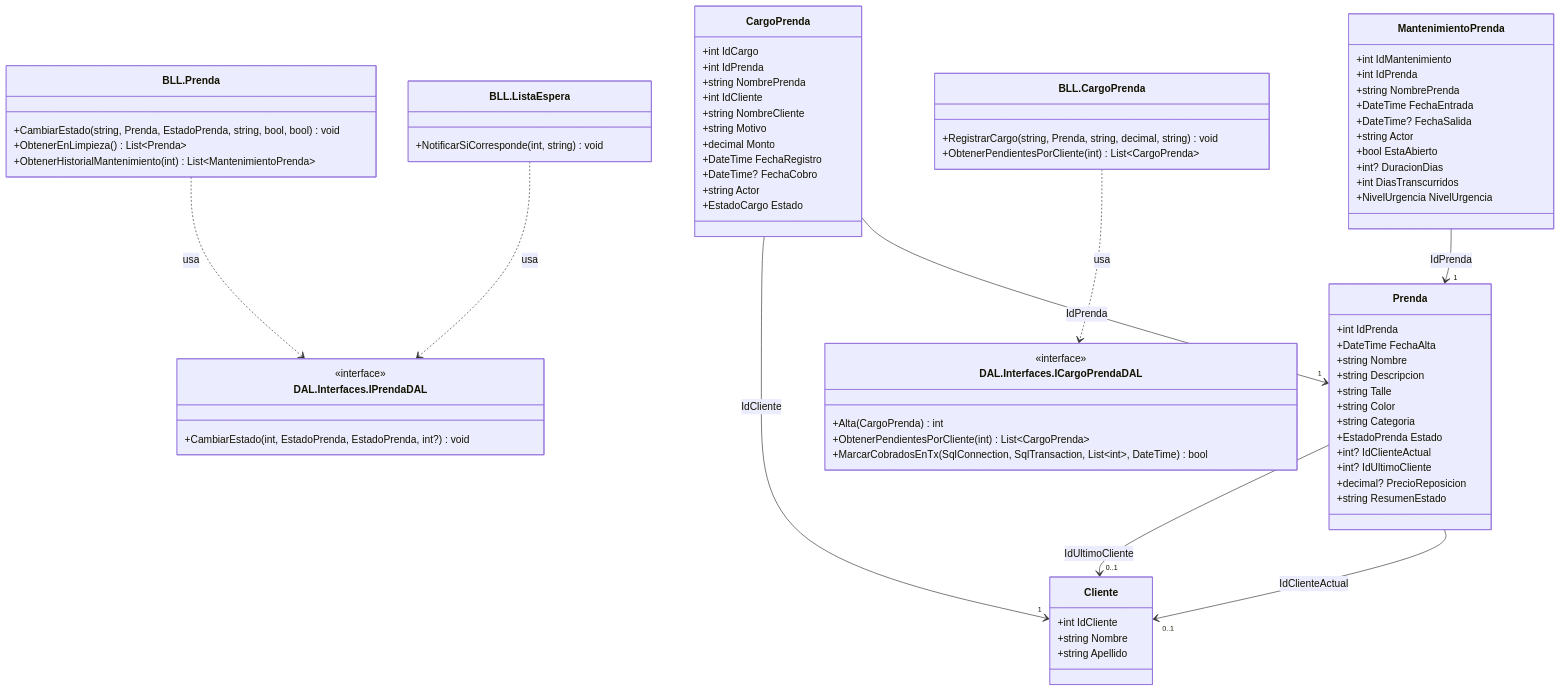
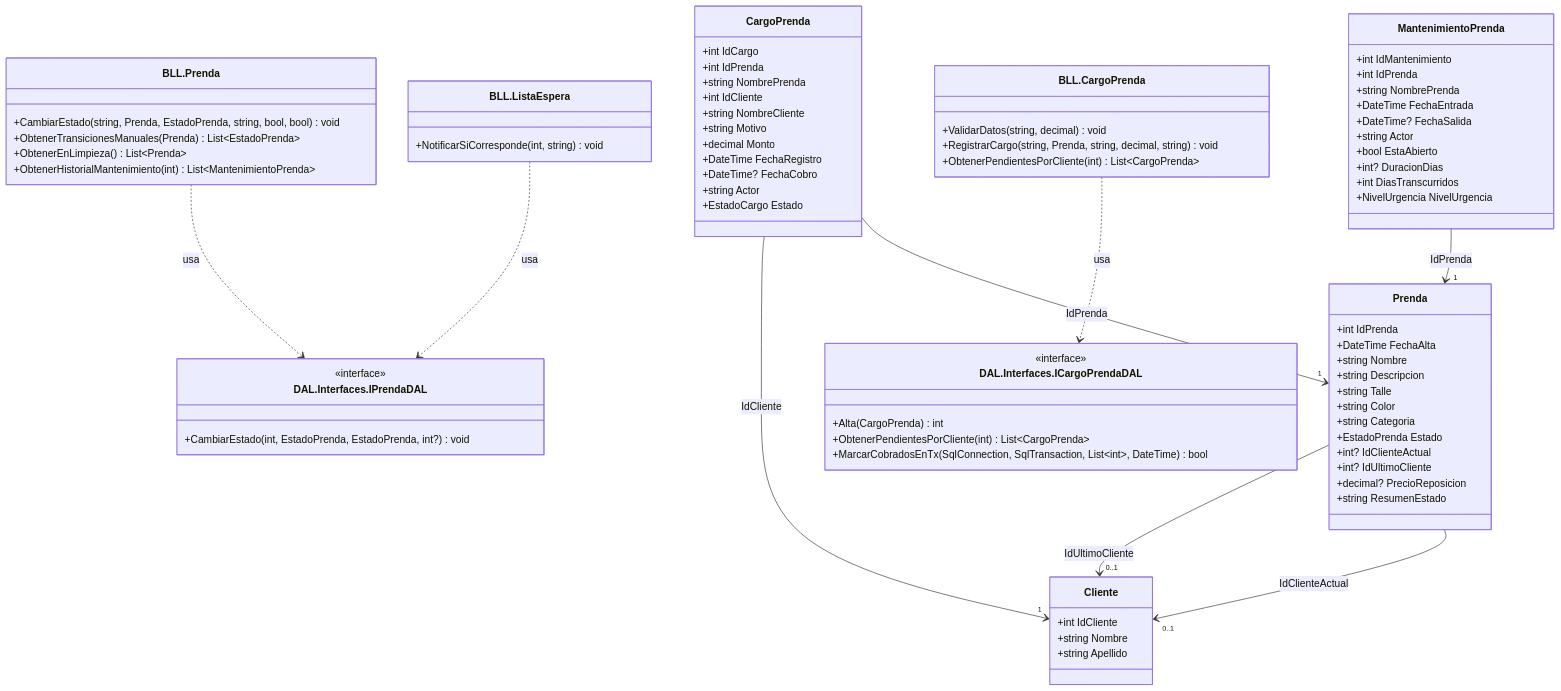
Before and after one commit to valentinamorana/Trabajo-de-Diploma: the diagram in docs/diagramas/mermaid/CLASES_pn04_devolucion.mmd, drawn with Mermaid. The commit also changed 56 other files, not shown here.

```diff
--- a/docs/diagramas/mermaid/CLASES_pn04_devolucion.mmd
+++ b/docs/diagramas/mermaid/CLASES_pn04_devolucion.mmd
@@ -1,76 +1,78 @@
 classDiagram
   direction TB
   class Prenda {
     +int IdPrenda
     +DateTime FechaAlta
     +string Nombre
     +string Descripcion
     +string Talle
     +string Color
     +string Categoria
     +EstadoPrenda Estado
     +int? IdClienteActual
     +int? IdUltimoCliente
     +decimal? PrecioReposicion
     +string ResumenEstado
   }
   class MantenimientoPrenda {
     +int IdMantenimiento
     +int IdPrenda
     +string NombrePrenda
     +DateTime FechaEntrada
     +DateTime? FechaSalida
     +string Actor
     +bool EstaAbierto
     +int? DuracionDias
     +int DiasTranscurridos
     +NivelUrgencia NivelUrgencia
   }
   class CargoPrenda {
     +int IdCargo
     +int IdPrenda
     +string NombrePrenda
     +int IdCliente
     +string NombreCliente
     +string Motivo
     +decimal Monto
     +DateTime FechaRegistro
     +DateTime? FechaCobro
     +string Actor
     +EstadoCargo Estado
   }
   class Cliente {
     +int IdCliente
     +string Nombre
     +string Apellido
   }
   class BLL_ListaEspera["BLL.ListaEspera"] {
     +NotificarSiCorresponde(int,  string) void
   }
   class BLL_Prenda["BLL.Prenda"] {
     +CambiarEstado(string,  Prenda,  EstadoPrenda,  string,  bool,  bool) void
+    +ObtenerTransicionesManuales(Prenda) List~EstadoPrenda~
     +ObtenerEnLimpieza() List~Prenda~
     +ObtenerHistorialMantenimiento(int) List~MantenimientoPrenda~
   }
   class BLL_CargoPrenda["BLL.CargoPrenda"] {
+    +ValidarDatos(string,  decimal) void
     +RegistrarCargo(string,  Prenda,  string,  decimal,  string) void
     +ObtenerPendientesPorCliente(int) List~CargoPrenda~
   }
   class DAL_Interfaces_IPrendaDAL["DAL.Interfaces.IPrendaDAL"] {
     <<interface>>
     +CambiarEstado(int,  EstadoPrenda,  EstadoPrenda,  int?) void
   }
   class DAL_Interfaces_ICargoPrendaDAL["DAL.Interfaces.ICargoPrendaDAL"] {
     <<interface>>
     +Alta(CargoPrenda) int
     +ObtenerPendientesPorCliente(int) List~CargoPrenda~
     +MarcarCobradosEnTx(SqlConnection,  SqlTransaction,  List~int~,  DateTime) bool
   }
   Prenda --> "0..1" Cliente : IdClienteActual
   Prenda --> "0..1" Cliente : IdUltimoCliente
   MantenimientoPrenda --> "1" Prenda : IdPrenda
   CargoPrenda --> "1" Prenda : IdPrenda
   CargoPrenda --> "1" Cliente : IdCliente
   BLL_ListaEspera ..> DAL_Interfaces_IPrendaDAL : usa
   BLL_Prenda ..> DAL_Interfaces_IPrendaDAL : usa
   BLL_CargoPrenda ..> DAL_Interfaces_ICargoPrendaDAL : usa
```
